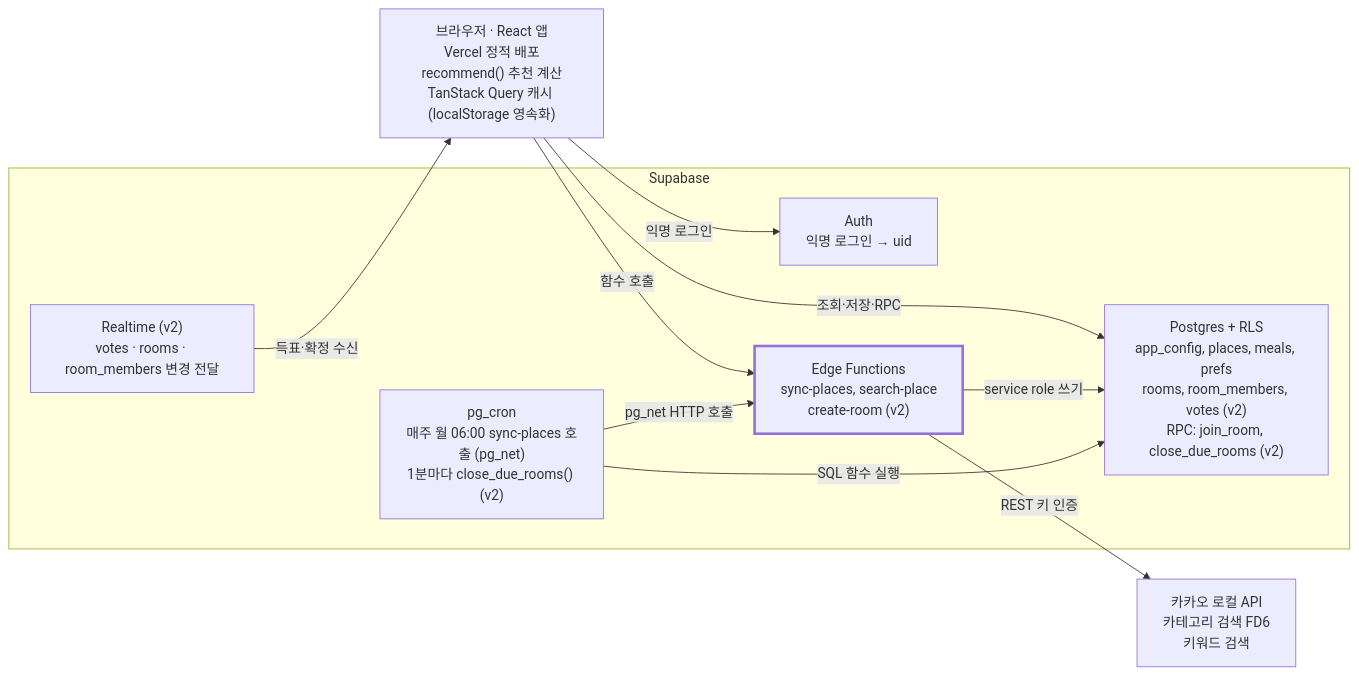
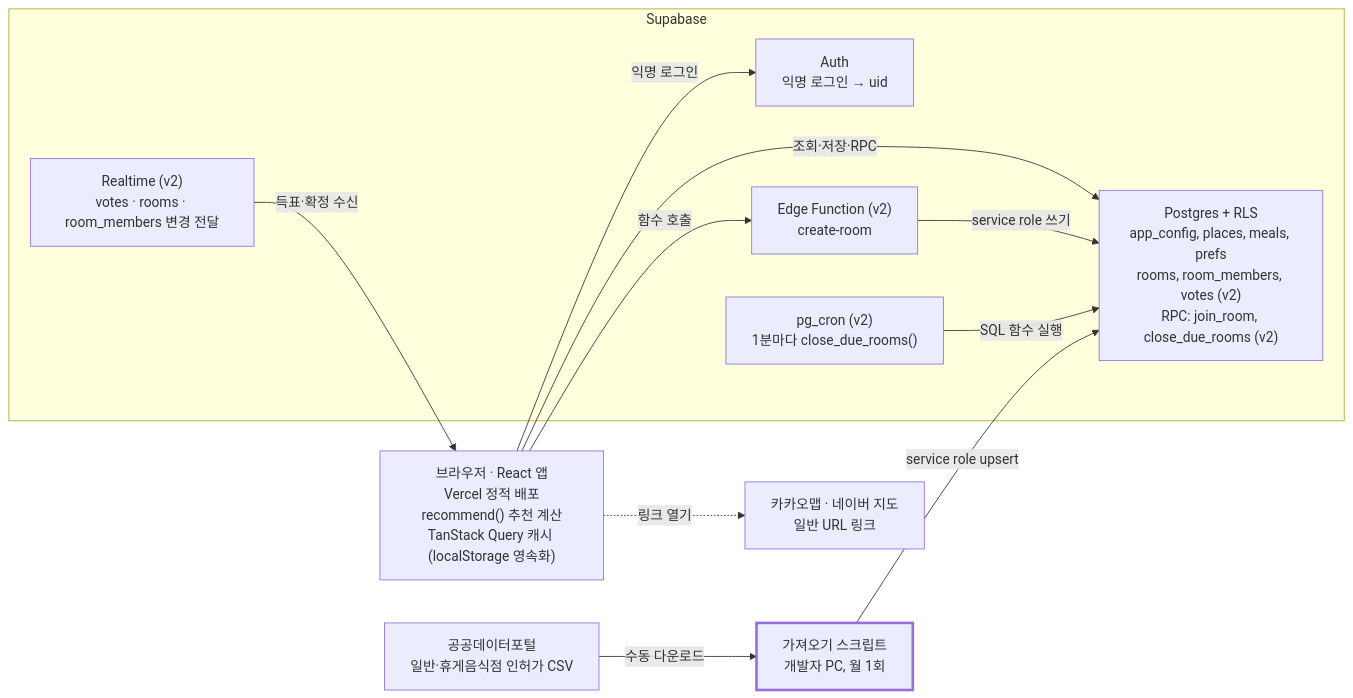
One commit to mroreeyo/Sunae-Roulette changed the first of 2 diagrams in lunch-roulette-Architecture.md. Above: the diagram before and after it, drawn with Mermaid. The commit also changed other lines of this file and 3 other files, not shown here.

````diff
--- a/lunch-roulette-Architecture.md
+++ b/lunch-roulette-Architecture.md
@@ -7,21 +7,24 @@
 ```mermaid
 flowchart LR
   B["브라우저 · React 앱<br/>Vercel 정적 배포<br/>recommend() 추천 계산<br/>TanStack Query 캐시 (localStorage 영속화)"]
   subgraph S[Supabase]
     DB["Postgres + RLS<br/>app_config, places, meals, prefs<br/>rooms, room_members, votes (v2)<br/>RPC: join_room, close_due_rooms (v2)"]
     AU["Auth<br/>익명 로그인 → uid"]
     RT["Realtime (v2)<br/>votes · rooms · room_members 변경 전달"]
-    FN["Edge Functions<br/>sync-places, search-place<br/>create-room (v2)"]
-    CR["pg_cron<br/>매주 월 06:00 sync-places 호출 (pg_net)<br/>1분마다 close_due_rooms() (v2)"]
+    FN["Edge Function (v2)<br/>create-room"]
+    CR["pg_cron (v2)<br/>1분마다 close_due_rooms()"]
   end
-  K["카카오 로컬 API<br/>카테고리 검색 FD6<br/>키워드 검색"]
+  P["공공데이터포털<br/>일반·휴게음식점 인허가 CSV"]
+  I["가져오기 스크립트<br/>개발자 PC, 월 1회"]
+  M["카카오맵 · 네이버 지도<br/>일반 URL 링크"]
   B -- 조회·저장·RPC --> DB
   B -- 익명 로그인 --> AU
   RT -- 득표·확정 수신 --> B
   B -- 함수 호출 --> FN
-  FN -- REST 키 인증 --> K
   FN -- service role 쓰기 --> DB
-  CR -- pg_net HTTP 호출 --> FN
   CR -- SQL 함수 실행 --> DB
-  style FN stroke-width:3px
+  P -- 수동 다운로드 --> I
+  I -- service role upsert --> DB
+  B -. 링크 열기 .-> M
+  style I stroke-width:3px
 ```
````
